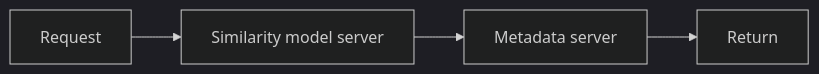
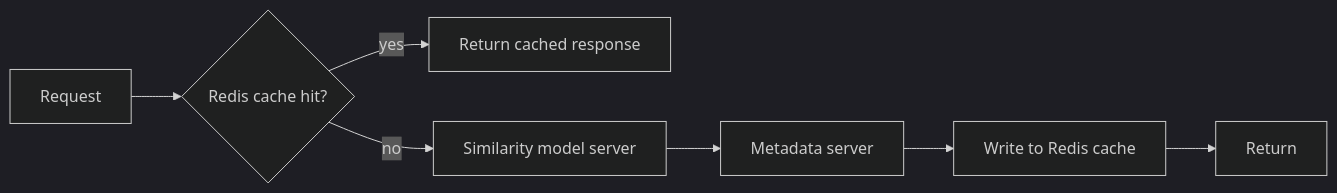
Before and after one commit to simon-bouchard/book-recommendation-platform: the third of 5 diagrams in README.md, drawn with Mermaid (dark theme). The commit also changed other lines of this file, not shown here.

Commit message:
chore: add readme mermaid graphs

````diff
--- a/README.md
+++ b/README.md
@@ -79,6 +142,9 @@
 ```mermaid
 flowchart LR
-    A[Request] --> B[Similarity model server]
-    B --> C[Metadata server]
-    C --> D[Return]
+    A[Request] --> B{Redis cache hit?}
+    B -- yes --> E[Return cached response]
+    B -- no --> C[Similarity model server]
+    C --> D[Metadata server]
+    D --> F[Write to Redis cache]
+    F --> G[Return]
 ```
````
